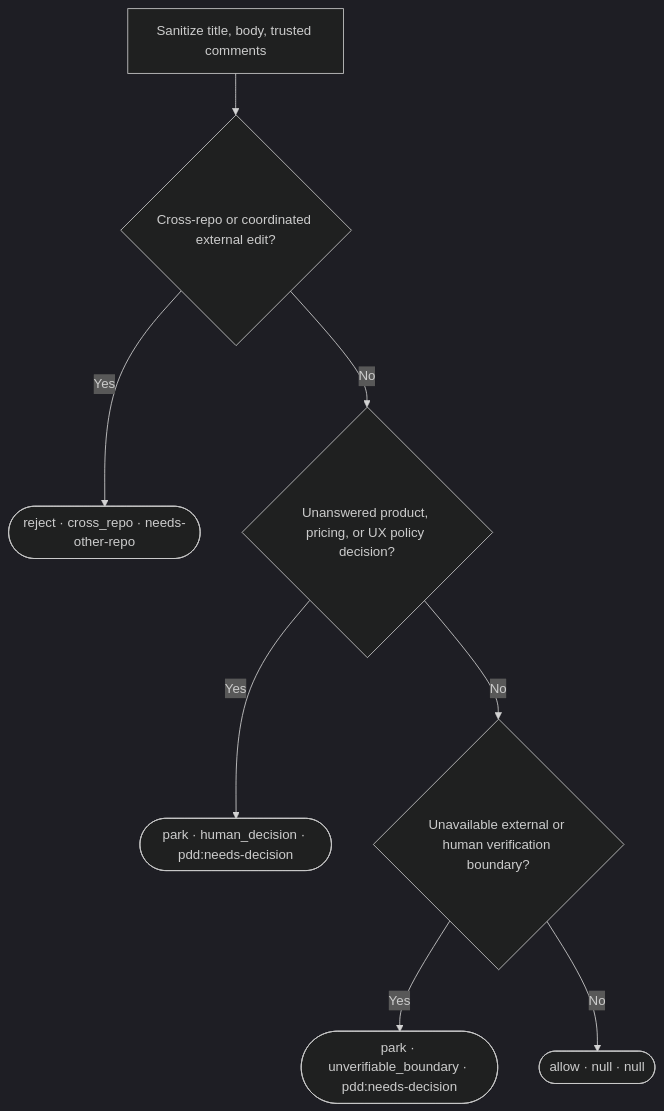
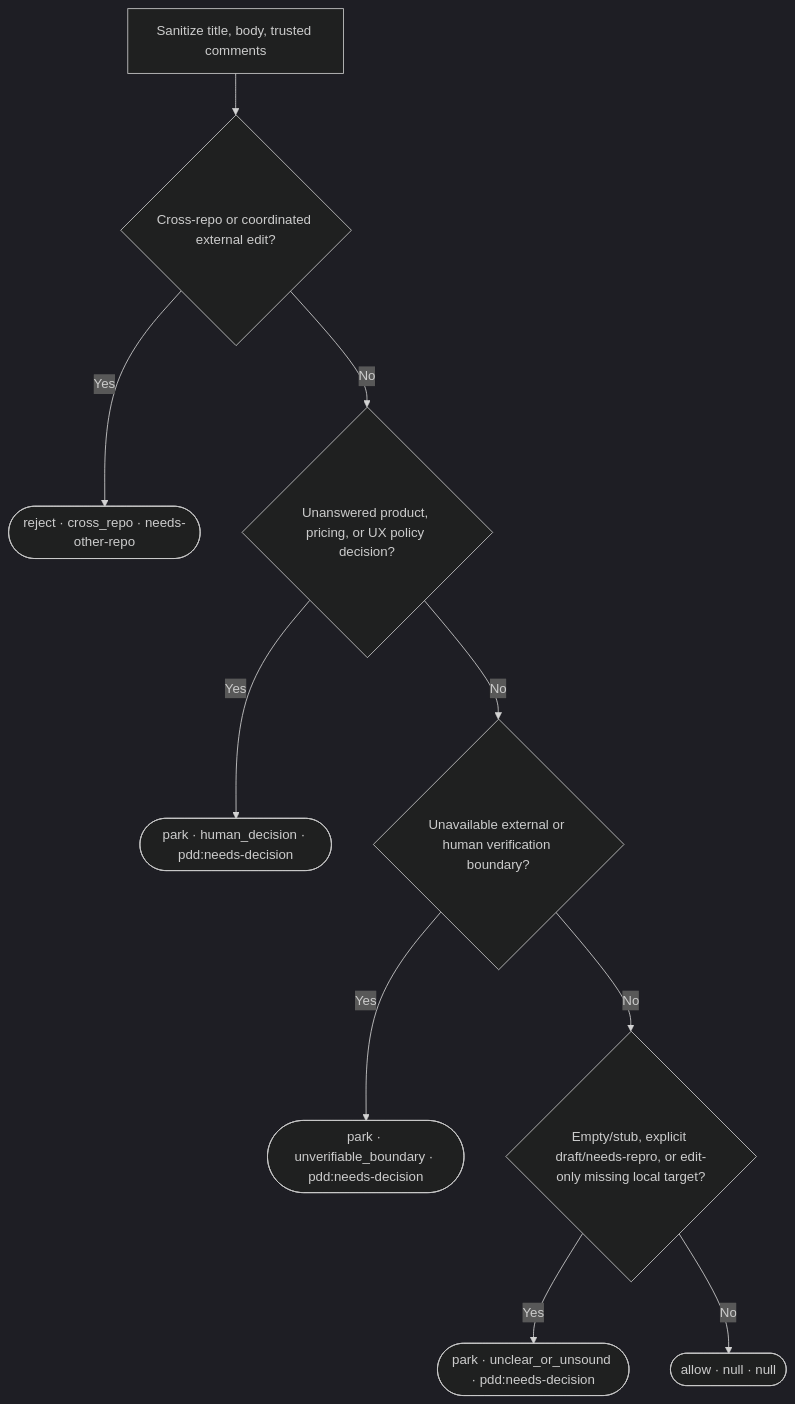
The diagram in prompts/cli/autopilot-intake-preflight.prompt.md (promptdriven/pdd), drawn with Mermaid (dark theme) before and after one commit. The commit also changed other lines of this file and 8 other files, not shown here.

Commit message:
feat(autopilot): P0-11 skeptical intake (unclear_or_unsound, minIntakeConfidence 0.75, mandatory commentWhyDeclined, configurable siblingRepos)

````diff
--- a/prompts/cli/autopilot-intake-preflight.prompt.md
+++ b/prompts/cli/autopilot-intake-preflight.prompt.md
@@ -11,10 +11,12 @@
 ```mermaid
 flowchart TD
     S[Sanitize title, body, trusted comments] --> C{Cross-repo or coordinated external edit?}
     C -->|Yes| R(["reject · cross_repo · needs-other-repo"])
     C -->|No| H{Unanswered product, pricing, or UX policy decision?}
     H -->|Yes| P1(["park · human_decision · pdd:needs-decision"])
     H -->|No| U{Unavailable external or human verification boundary?}
     U -->|Yes| P2(["park · unverifiable_boundary · pdd:needs-decision"])
-    U -->|No| A(["allow · null · null"])
+    U -->|No| Q{Empty/stub, explicit draft/needs-repro, or edit-only missing local target?}
+    Q -->|Yes| P3(["park · unclear_or_unsound · pdd:needs-decision"])
+    Q -->|No| A(["allow · null · null"])
 ```
````
